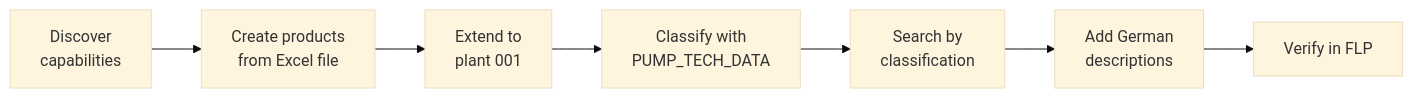
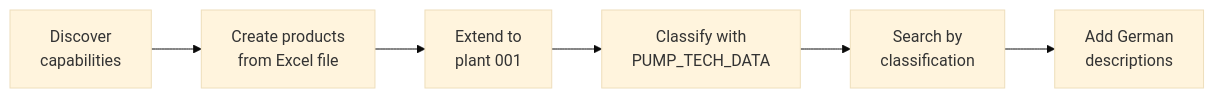
Before and after one commit to SAP-samples/teched2026-AS262: the diagram in exercises/pdm/ex0/README.md, drawn with Mermaid (base theme). The commit also changed other lines of this file and 4 other files, not shown here.

````diff
--- a/exercises/pdm/ex0/README.md
+++ b/exercises/pdm/ex0/README.md
@@ -43,9 +43,8 @@
 ```mermaid
 flowchart LR
   A[Discover<br/>capabilities] --> B[Create products<br/>from Excel file]
   B --> C[Extend to<br/>plant 001]
   C --> D[Classify with<br/>PUMP_TECH_DATA]
   D --> E[Search by<br/>classification]
   E --> F[Add German<br/>descriptions]
-  F --> G[Verify in FLP]
 ```
````
